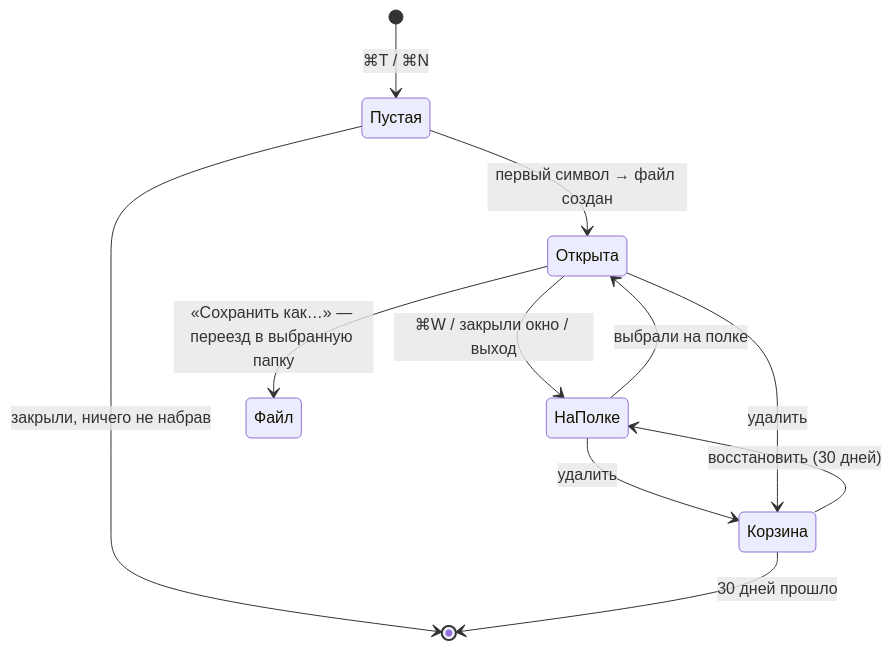
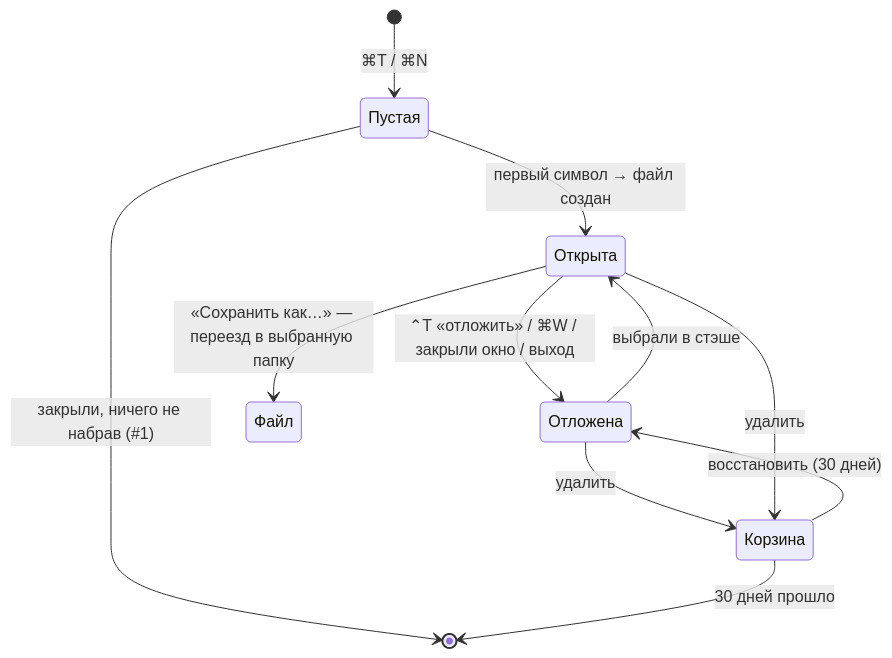
The diagram in docs/investigations/2026-09-26-shelf/report.md (malinborn/couplet), drawn with Mermaid before and after one commit. The commit also changed other lines of this file, not shown here.

````diff
--- a/docs/investigations/2026-09-26-shelf/report.md
+++ b/docs/investigations/2026-09-26-shelf/report.md
@@ -66,13 +94,13 @@
 ```mermaid
 stateDiagram-v2
     [*] --> Пустая: ⌘T / ⌘N
-    Пустая --> [*]: закрыли, ничего не набрав
+    Пустая --> [*]: закрыли, ничего не набрав (#1)
     Пустая --> Открыта: первый символ → файл создан
-    Открыта --> НаПолке: ⌘W / закрыли окно / выход
-    НаПолке --> Открыта: выбрали на полке
+    Открыта --> Отложена: ⌃T «отложить» / ⌘W / закрыли окно / выход
+    Отложена --> Открыта: выбрали в стэше
     Открыта --> Файл: «Сохранить как…» — переезд в выбранную папку
-    НаПолке --> Корзина: удалить
+    Отложена --> Корзина: удалить
     Открыта --> Корзина: удалить
-    Корзина --> НаПолке: восстановить (30 дней)
+    Корзина --> Отложена: восстановить (30 дней)
     Корзина --> [*]: 30 дней прошло
 ```
````
